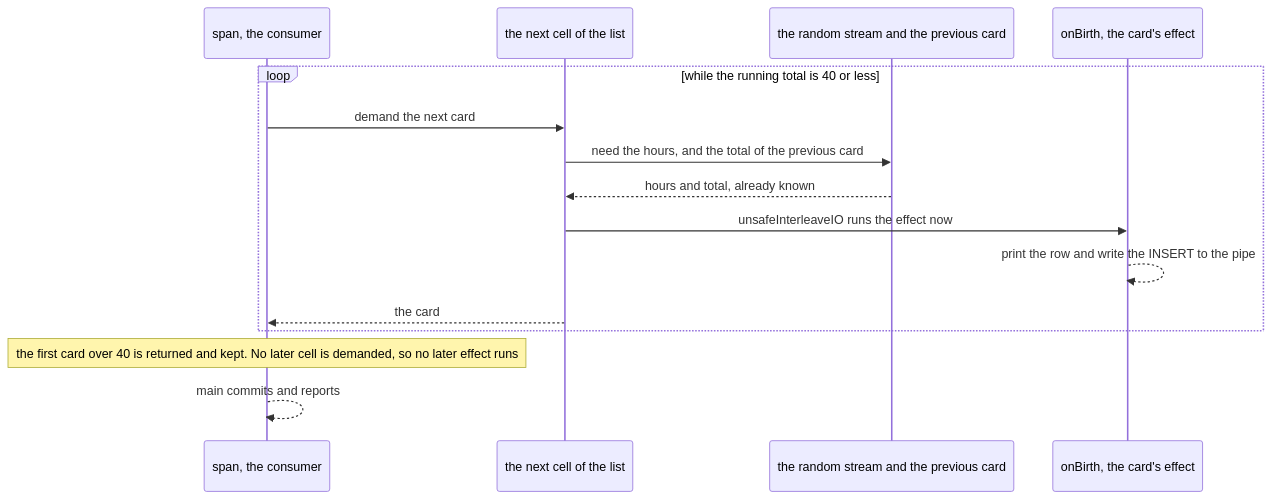
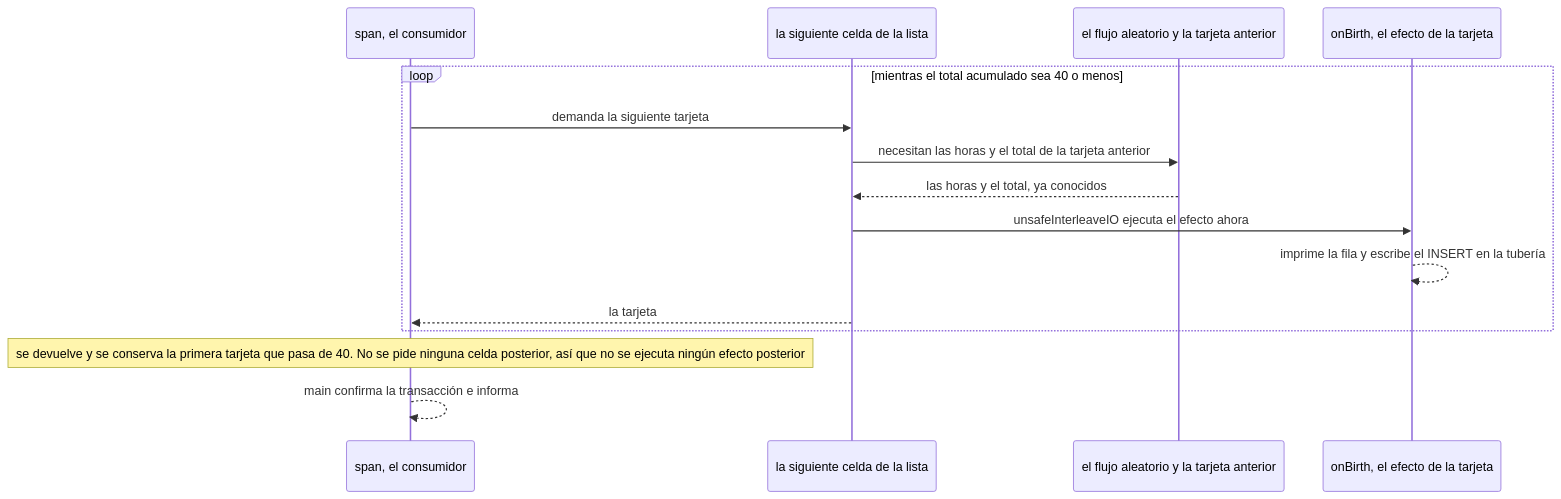
One commit to dullroar/aprende-a-programar-como-un-bicho-raro changed the diagram in src/haskell-weird/README.md. Above: the diagram before and after it, drawn with Mermaid. The commit also changed other lines of this file and 16 other files, not shown here.

Commit message:
loop(P4-src-8): haskell-weird, haskell, javascript-events READMEs translated (200 segments); comma, spelled-out number, idiom, heading and gloss fixes, verb and identifier waivers; anchors relinked

````diff
--- a/src/haskell-weird/README.md
+++ b/src/haskell-weird/README.md
@@ -49,19 +49,19 @@
 ```mermaid
 sequenceDiagram
-    accTitle: haskell-weird: reading a cell of a lazy list runs that card's effect
-    accDescr: A sequence diagram. The consumer, span in untilOver40, demands the next cell of the lazy list of cards. The cell needs the hours from the random stream and the running total of the previous card. Because every cell is wrapped in unsafeInterleaveIO, the effect for that card runs now, when the cell is demanded: it prints the row and writes the INSERT to the pipe. The cell then returns the card to the consumer. The consumer tests the running total. While it is 40 or less, it demands the next cell. At the first card over 40, the consumer stops demanding, so no later effect ever runs, and main commits.
-    participant S as span, the consumer
-    participant C as the next cell of the list
-    participant R as the random stream and the previous card
-    participant E as onBirth, the card's effect
-    loop while the running total is 40 or less
-        S->>C: demand the next card
-        C->>R: need the hours, and the total of the previous card
-        R-->>C: hours and total, already known
-        C->>E: unsafeInterleaveIO runs the effect now
-        E-->>E: print the row and write the INSERT to the pipe
-        C-->>S: the card
+    accTitle: haskell-weird: leer una celda de una lista perezosa ejecuta el efecto de esa tarjeta
+    accDescr: Un diagrama de secuencia. El consumidor, span en untilOver40, demanda la siguiente celda de la lista perezosa de tarjetas. La celda necesita las horas del flujo aleatorio y el total acumulado de la tarjeta anterior. Como cada celda está envuelta en unsafeInterleaveIO, el efecto de esa tarjeta se ejecuta ahora, cuando se demanda la celda: imprime la fila y escribe el INSERT en la tubería. Después, la celda devuelve la tarjeta al consumidor. El consumidor comprueba el total acumulado. Mientras el total no pase de 40, demanda la siguiente celda. En la primera tarjeta que pasa de 40, el consumidor deja de demandar, así que ningún efecto posterior se ejecuta nunca, y main confirma la transacción.
+    participant S as span, el consumidor
+    participant C as la siguiente celda de la lista
+    participant R as el flujo aleatorio y la tarjeta anterior
+    participant E as onBirth, el efecto de la tarjeta
+    loop mientras el total acumulado sea 40 o menos
+        S->>C: demanda la siguiente tarjeta
+        C->>R: necesitan las horas y el total de la tarjeta anterior
+        R-->>C: las horas y el total, ya conocidos
+        C->>E: unsafeInterleaveIO ejecuta el efecto ahora
+        E-->>E: imprime la fila y escribe el INSERT en la tubería
+        C-->>S: la tarjeta
     end
-    Note over S: the first card over 40 is returned and kept. No later cell is demanded, so no later effect runs
-    S-->>S: main commits and reports
+    Note over S: se devuelve y se conserva la primera tarjeta que pasa de 40. No se pide ninguna celda posterior, así que no se ejecuta ningún efecto posterior
+    S-->>S: main confirma la transacción e informa
 ```
````
